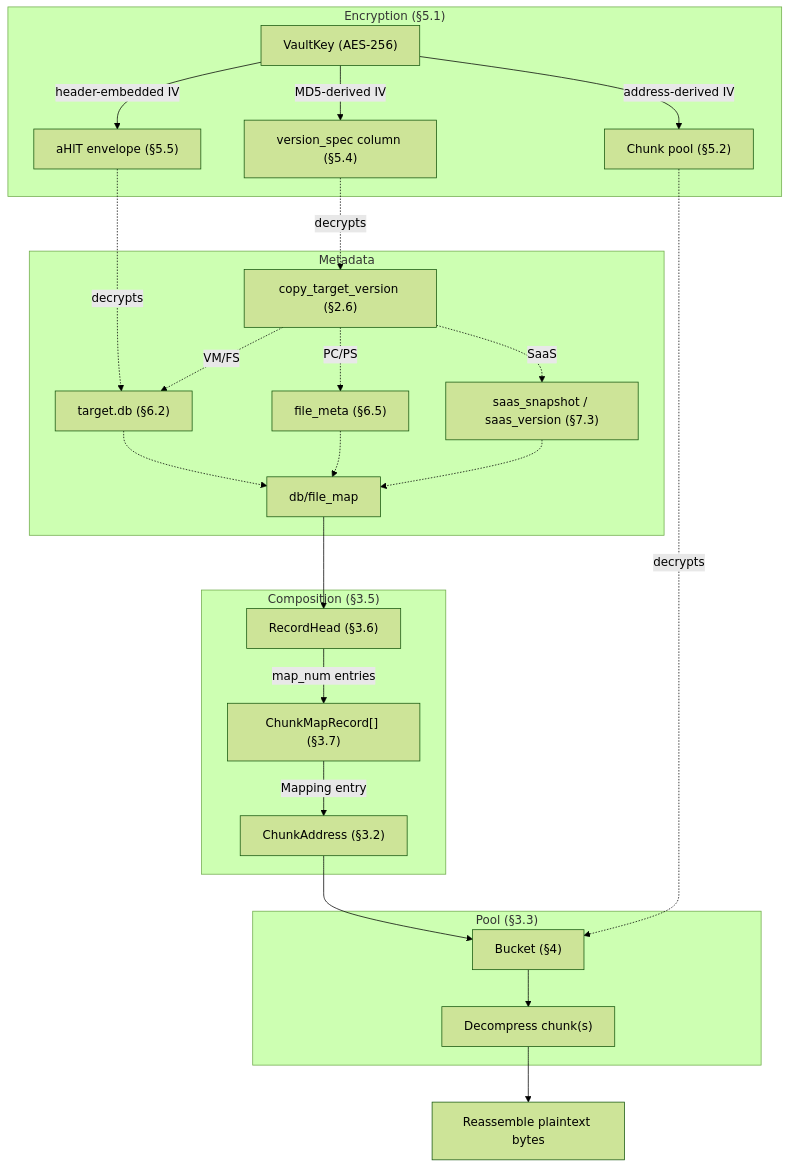
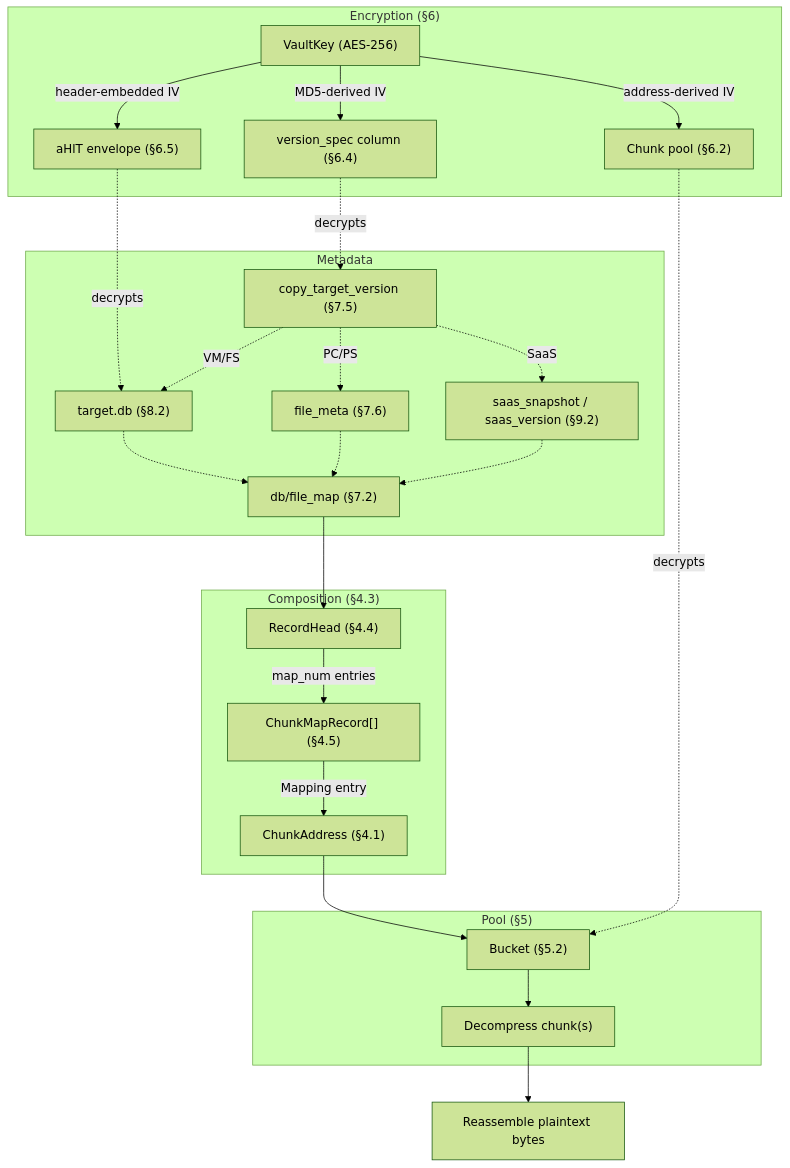
The diagram in FORMAT-SPEC.md (synology-apm/apm-repo-sdk-python), drawn with Mermaid (forest theme) before and after one commit. The commit also changed other lines of this file and 253 other files, not shown here.

````diff
--- a/FORMAT-SPEC.md
+++ b/FORMAT-SPEC.md
@@ -39,58 +44,58 @@
 ```mermaid
 flowchart TD
     subgraph meta["Metadata"]
-        CTV["copy_target_version (§2.6)"]
-        TARGETDB["target.db (§6.2)"]
-        FMETA["file_meta (§6.5)"]
-        SAASGEN["saas_snapshot / saas_version (§7.3)"]
-        DFM["db/file_map"]
+        CTV["copy_target_version (§7.5)"]
+        TARGETDB["target.db (§8.2)"]
+        FMETA["file_meta (§7.6)"]
+        SAASGEN["saas_snapshot / saas_version (§9.2)"]
+        DFM["db/file_map (§7.2)"]
     end
 
-    subgraph composition["Composition (§3.5)"]
-        RH["RecordHead (§3.6)"]
-        CMR["ChunkMapRecord[] (§3.7)"]
-        CA["ChunkAddress (§3.2)"]
+    subgraph composition["Composition (§4.3)"]
+        RH["RecordHead (§4.4)"]
+        CMR["ChunkMapRecord[] (§4.5)"]
+        CA["ChunkAddress (§4.1)"]
     end
 
-    subgraph pool["Pool (§3.3)"]
-        BUK["Bucket (§4)"]
+    subgraph pool["Pool (§5)"]
+        BUK["Bucket (§5.2)"]
         DECOMP["Decompress chunk(s)"]
     end
 
     REASSEMBLE["Reassemble plaintext bytes"]
 
-    subgraph enc["Encryption (§5.1)"]
+    subgraph enc["Encryption (§6)"]
         VK["VaultKey (AES-256)"]
-        CP["Chunk pool (§5.2)"]
-        VS["version_spec column (§5.4)"]
-        ENV["aHlT envelope (§5.5)"]
+        CP["Chunk pool (§6.2)"]
+        VS["version_spec column (§6.4)"]
+        ENV["aHlT envelope (§6.5)"]
     end
 
     %% Encryption: internal
     VK -->|"address-derived IV"| CP
     VK -->|"MD5-derived IV"| VS
     VK -->|"header-embedded IV"| ENV
 
     %% Metadata: inbound
     VS -.->|"decrypts"| CTV
     ENV -.->|"decrypts"| TARGETDB
     %% Metadata: internal
     CTV -.->|"VM/FS"| TARGETDB
     TARGETDB -.-> DFM
     CTV -.->|"PC/PS"| FMETA
     FMETA -.-> DFM
     CTV -.->|"SaaS"| SAASGEN -.-> DFM
 
     %% Composition: inbound
     DFM --> RH
     %% Composition: internal
     RH -->|"map_num entries"| CMR
     CMR -->|"Mapping entry"| CA
 
     %% Pool: inbound
     CA --> BUK
     CP -.->|"decrypts"| BUK
     %% Pool: internal
     BUK --> DECOMP
     DECOMP --> REASSEMBLE
 ```
````
